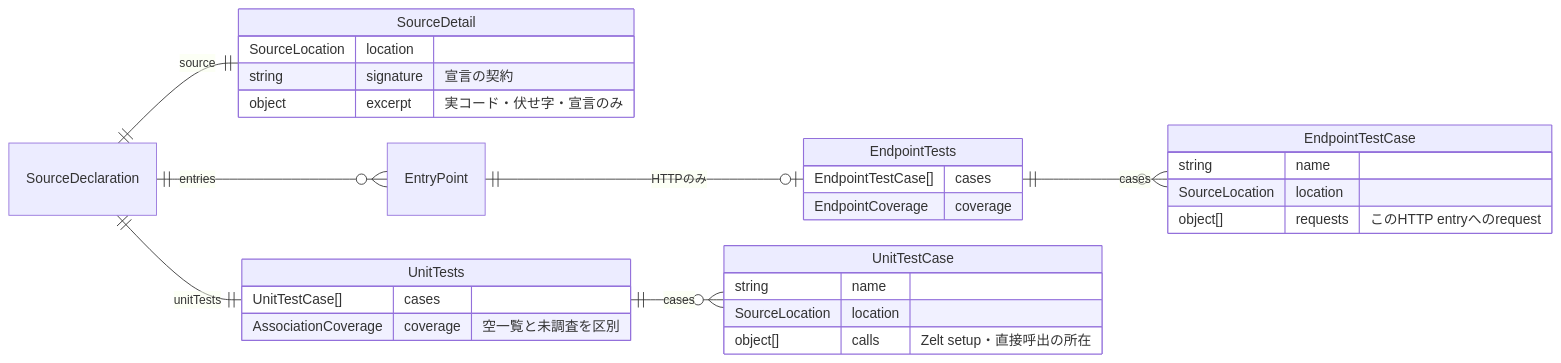
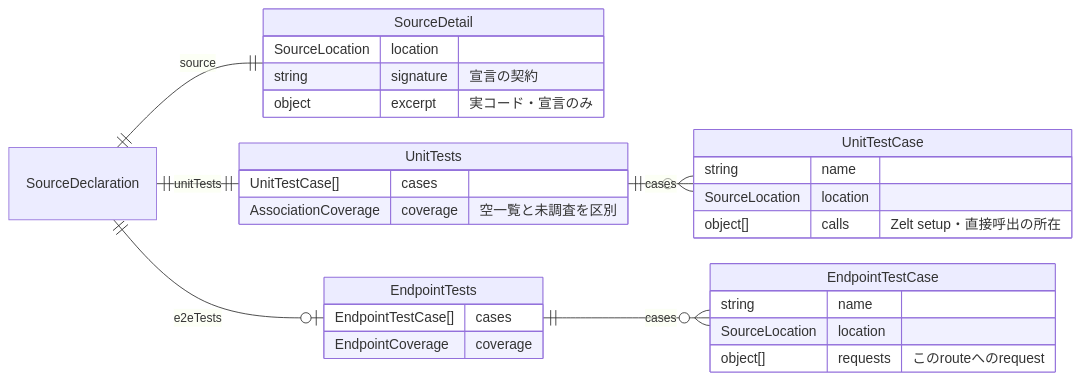
Before and after one commit to zeltjs/zelt: the second of 6 diagrams in mocks/studio-spatial/react-migration-design.md, drawn with Mermaid. The commit also changed other lines of this file and 37 other files, not shown here.

````diff
--- a/mocks/studio-spatial/react-migration-design.md
+++ b/mocks/studio-spatial/react-migration-design.md
@@ -61,34 +62,33 @@
 ```mermaid
 %%{init: {"er": {"entityPadding": 6, "nodeSpacing": 30, "rankSpacing": 40, "fontSize": 14}}}%%
 erDiagram
     direction LR
     SourceDeclaration ||--|| SourceDetail : source
     SourceDeclaration ||--|| UnitTests : unitTests
-    SourceDeclaration ||--o{ EntryPoint : entries
-    EntryPoint ||--o| EndpointTests : HTTPのみ
+    SourceDeclaration ||--o| EndpointTests : e2eTests
     UnitTests ||--o{ UnitTestCase : cases
     EndpointTests ||--o{ EndpointTestCase : cases
     SourceDetail {
         SourceLocation location
         string signature "宣言の契約"
-        object excerpt "実コード・伏せ字・宣言のみ"
+        object excerpt "実コード・宣言のみ"
     }
     UnitTests {
         UnitTestCase[] cases
         AssociationCoverage coverage "空一覧と未調査を区別"
     }
     UnitTestCase {
         string name
         SourceLocation location
         object[] calls "Zelt setup・直接呼出の所在"
     }
     EndpointTests {
         EndpointTestCase[] cases
         EndpointCoverage coverage
     }
     EndpointTestCase {
         string name
         SourceLocation location
-        object[] requests "このHTTP entryへのrequest"
+        object[] requests "このrouteへのrequest"
     }
 ```
````
